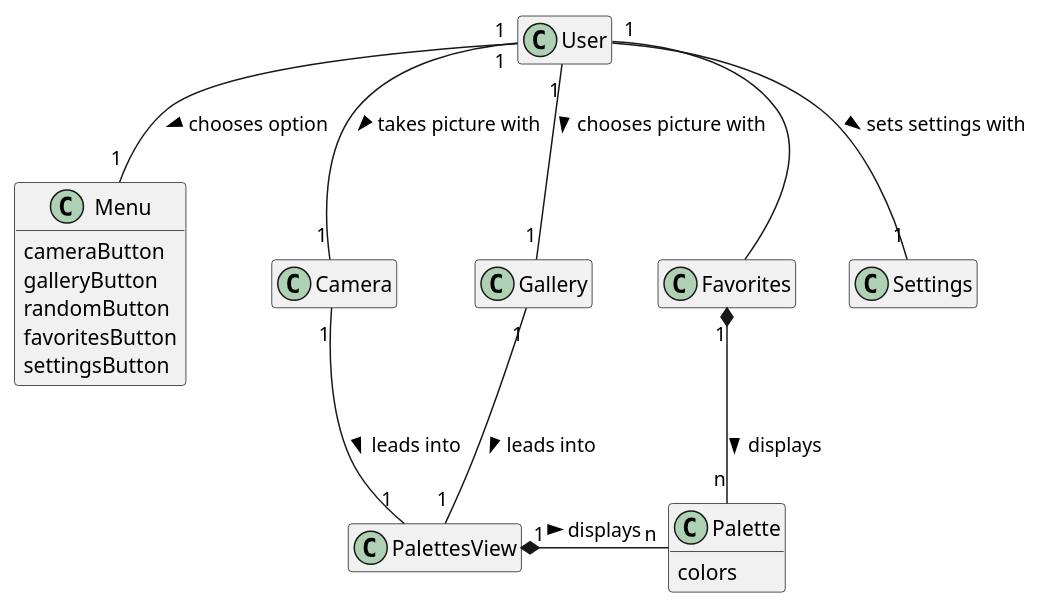
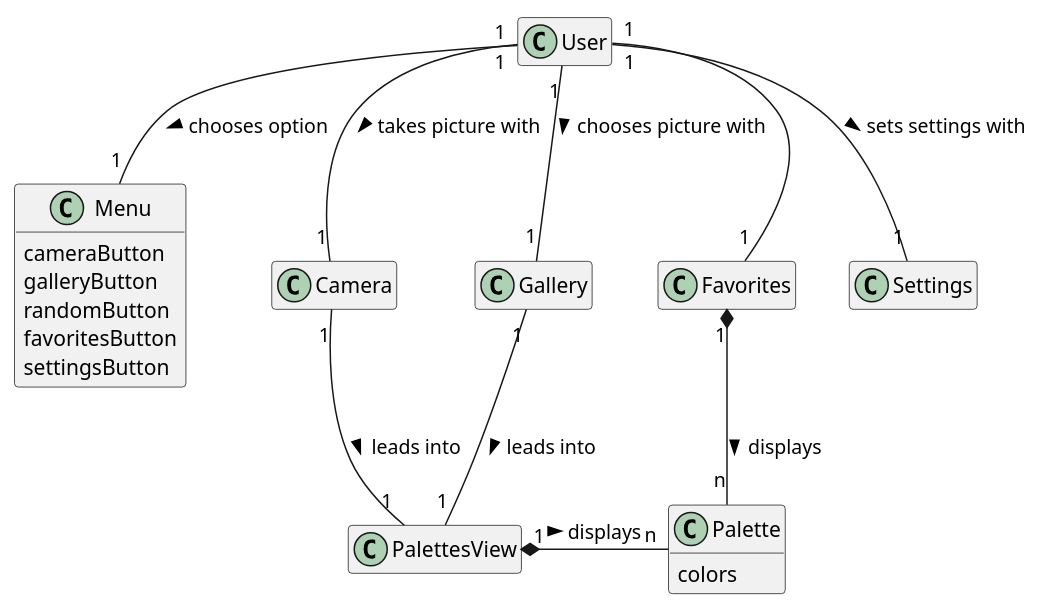
One commit to zealousduck/PicYaPalette changed the diagram in app/src/main/UML/DomainModel.puml. Above: the diagram before and after it, drawn with PlantUML. The commit also changed 2 other files, not shown here.

```diff
--- a/app/src/main/UML/DomainModel.puml
+++ b/app/src/main/UML/DomainModel.puml
@@ -1,53 +1,53 @@
 @startuml
 
 class User {
 
 }
 
 class Palette {
 colors
 }
 
 class PalettesView {
 
 }
 
 class Menu {
 cameraButton
 galleryButton
 randomButton
 favoritesButton
 settingsButton
 }
 
 class Camera {
 
 }
 
 class Gallery {
 
 }
 
 class Favorites {
 
 }
 
 class Settings {
 
 }
 
 User "1" -- "1" Menu: chooses option >
 User "1" -- "1" Settings: sets settings with >
 User "1" -- "1" Camera: takes picture with >
 User "1" -- "1" Gallery: chooses picture with >
-User -- Favorites
+User "1" -- "1" Favorites
 Camera "1" -- "1" PalettesView: leads into >
 Gallery "1" -- "1" PalettesView: leads into >
 PalettesView "1" *- "n" Palette: displays >
 Favorites "1" *-- "n" Palette: displays >
 
 
 hide empty members
 hide methods
 
 @enduml
```
